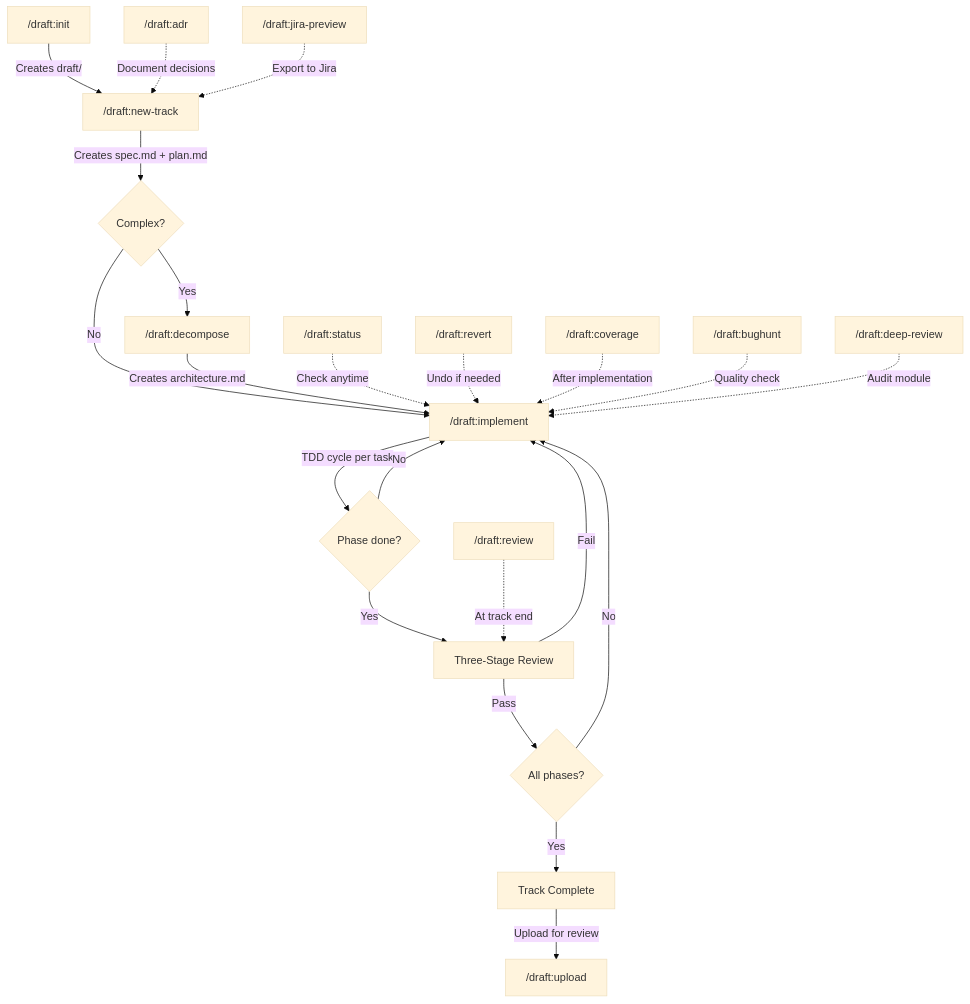
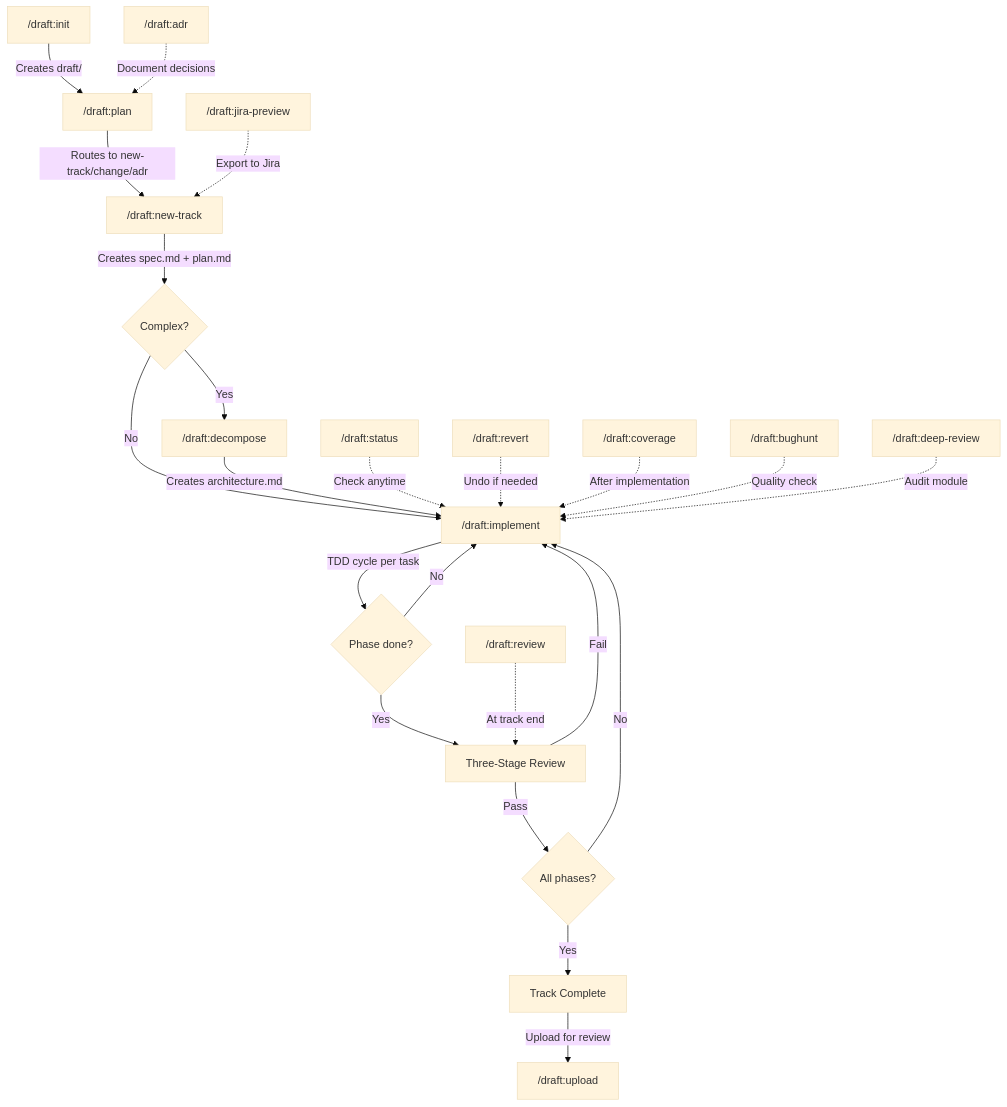
The first of 2 diagrams in core/methodology.md (drafthq/draft), drawn with Mermaid (base theme) before and after one commit. The commit also changed other lines of this file and 20 other files, not shown here.

````diff
--- a/core/methodology.md
+++ b/core/methodology.md
@@ -107,25 +108,26 @@
 ```mermaid
 graph TD
-    A["/draft:init"] -->|"Creates draft/"| B["/draft:new-track"]
-    B -->|"Creates spec.md + plan.md"| C{Complex?}
-    C -->|Yes| D["/draft:decompose"]
-    C -->|No| E["/draft:implement"]
-    D -->|"Creates architecture.md"| E
-    E -->|"TDD cycle per task"| F{Phase done?}
-    F -->|No| E
-    F -->|Yes| G["Three-Stage Review"]
-    G -->|Pass| H{All phases?}
-    G -->|Fail| E
-    H -->|No| E
-    H -->|Yes| I["Track Complete"]
-    I -->|"Upload for review"| U["/draft:upload"]
+    A["/draft:init"] -->|"Creates draft/"| B["/draft:plan"]
+    B -->|"Routes to new-track/change/adr"| C["/draft:new-track"]
+    C -->|"Creates spec.md + plan.md"| D{Complex?}
+    D -->|Yes| E["/draft:decompose"]
+    D -->|No| F["/draft:implement"]
+    E -->|"Creates architecture.md"| F
+    F -->|"TDD cycle per task"| G{Phase done?}
+    G -->|No| F
+    G -->|Yes| H["Three-Stage Review"]
+    H -->|Pass| I{All phases?}
+    H -->|Fail| F
+    I -->|No| F
+    I -->|Yes| J["Track Complete"]
+    J -->|"Upload for review"| U["/draft:upload"]
 
-    J["/draft:status"] -.->|"Check anytime"| E
-    K["/draft:revert"] -.->|"Undo if needed"| E
-    L["/draft:coverage"] -.->|"After implementation"| E
-    N["/draft:bughunt"] -.->|"Quality check"| E
-    O["/draft:review"] -.->|"At track end"| G
+    K["/draft:status"] -.->|"Check anytime"| F
+    L["/draft:revert"] -.->|"Undo if needed"| F
+    M["/draft:coverage"] -.->|"After implementation"| F
+    N["/draft:bughunt"] -.->|"Quality check"| F
+    O["/draft:review"] -.->|"At track end"| H
     P["/draft:adr"] -.->|"Document decisions"| B
-    Q["/draft:jira-preview"] -.->|"Export to Jira"| B
-    R["/draft:deep-review"] -.->|"Audit module"| E
+    Q["/draft:jira-preview"] -.->|"Export to Jira"| C
+    R["/draft:deep-review"] -.->|"Audit module"| F
 ```
````
